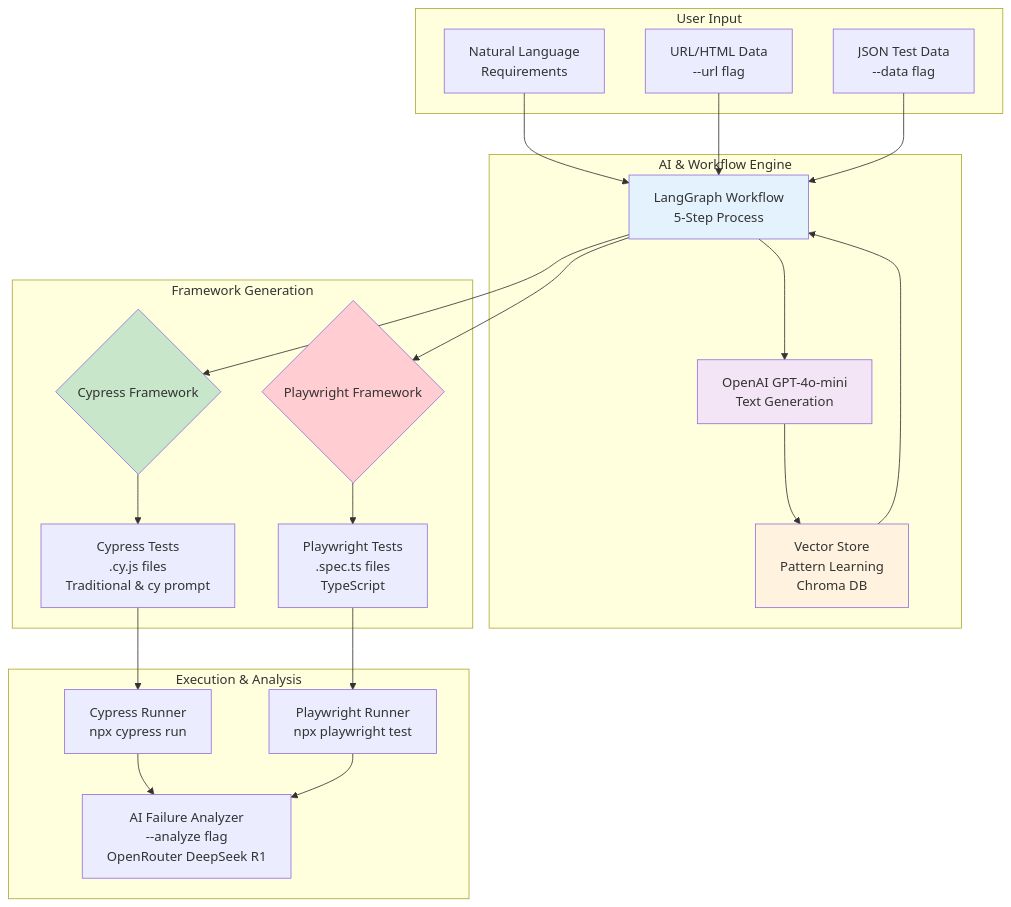
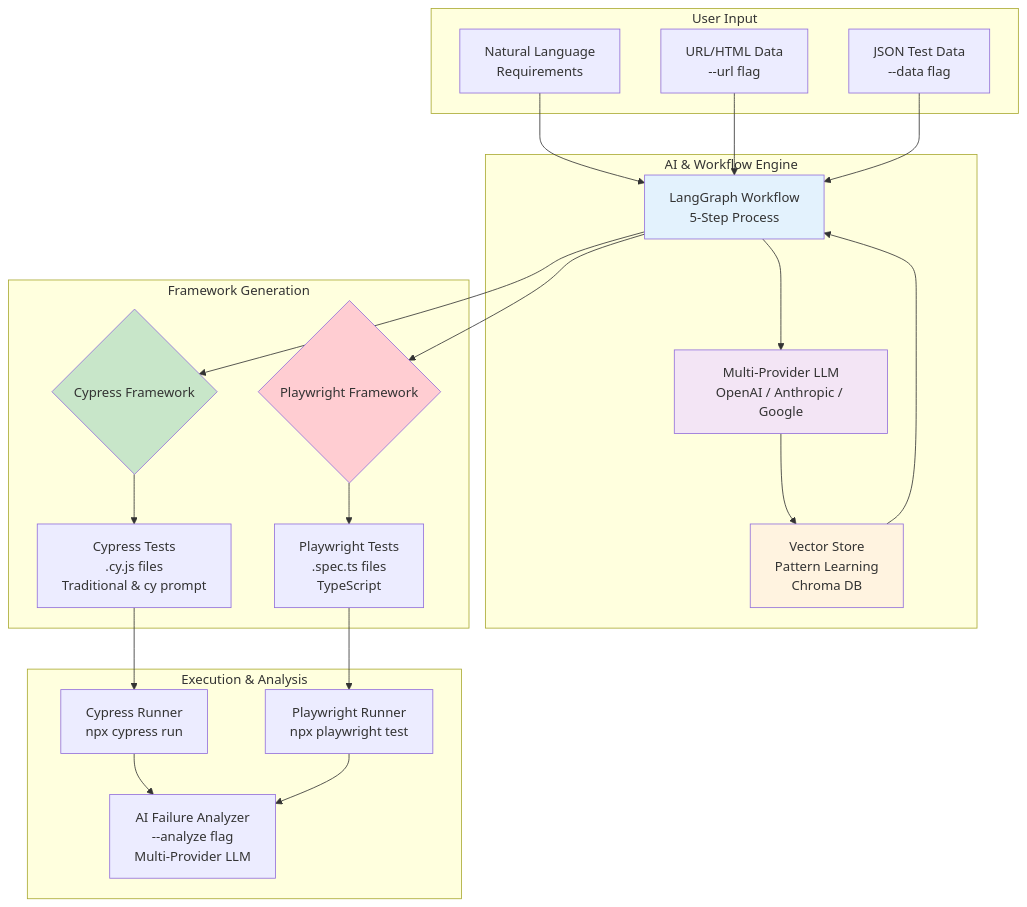
Before and after one commit to aiqualitylab/ai-natural-language-tests: the diagram in .github/images/architecture.mmd, drawn with Mermaid. The commit also changed 6 other files, not shown here.

Commit message:
add multi-provider LLM support (OpenAI, Anthropic, Google) and update README and renovate

```diff
--- a/.github/images/architecture.mmd
+++ b/.github/images/architecture.mmd
@@ -1,46 +1,46 @@
 graph TB
     subgraph "User Input"
         A[Natural Language<br/>Requirements]
         B[URL/HTML Data<br/>--url flag]
         C[JSON Test Data<br/>--data flag]
     end
 
     subgraph "AI & Workflow Engine"
         D[LangGraph Workflow<br/>5-Step Process]
-        E[OpenAI GPT-4o-mini<br/>Text Generation]
+        E[Multi-Provider LLM<br/>OpenAI / Anthropic / Google]
         F[Vector Store<br/>Pattern Learning<br/>Chroma DB]
     end
 
     subgraph "Framework Generation"
         G{Cypress Framework}
         H{Playwright Framework}
         I[Cypress Tests<br/>.cy.js files<br/>Traditional & cy prompt]
         J[Playwright Tests<br/>.spec.ts files<br/>TypeScript]
     end
 
     subgraph "Execution & Analysis"
         K[Cypress Runner<br/>npx cypress run]
         L[Playwright Runner<br/>npx playwright test]
-        M[AI Failure Analyzer<br/>--analyze flag<br/>OpenRouter DeepSeek R1]
+        M[AI Failure Analyzer<br/>--analyze flag<br/>Multi-Provider LLM]
     end
 
     A --> D
     B --> D
     C --> D
     D --> E
     E --> F
     F --> D
     D --> G
     D --> H
     G --> I
     H --> J
     I --> K
     J --> L
     K --> M
     L --> M
 
     style D fill:#e3f2fd
     style E fill:#f3e5f5
     style F fill:#fff3e0
     style G fill:#c8e6c9
     style H fill:#ffcdd2
```
